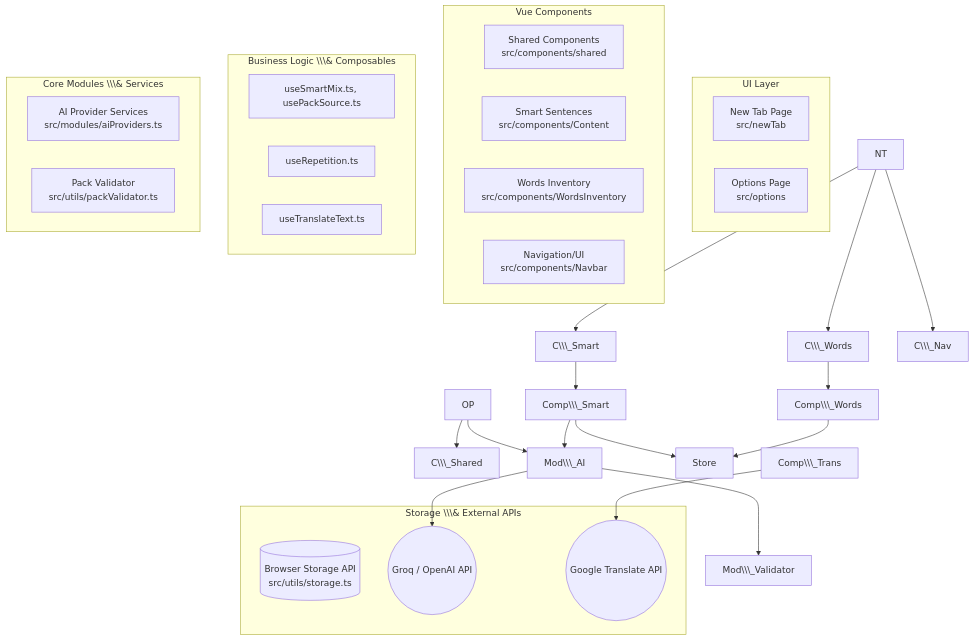
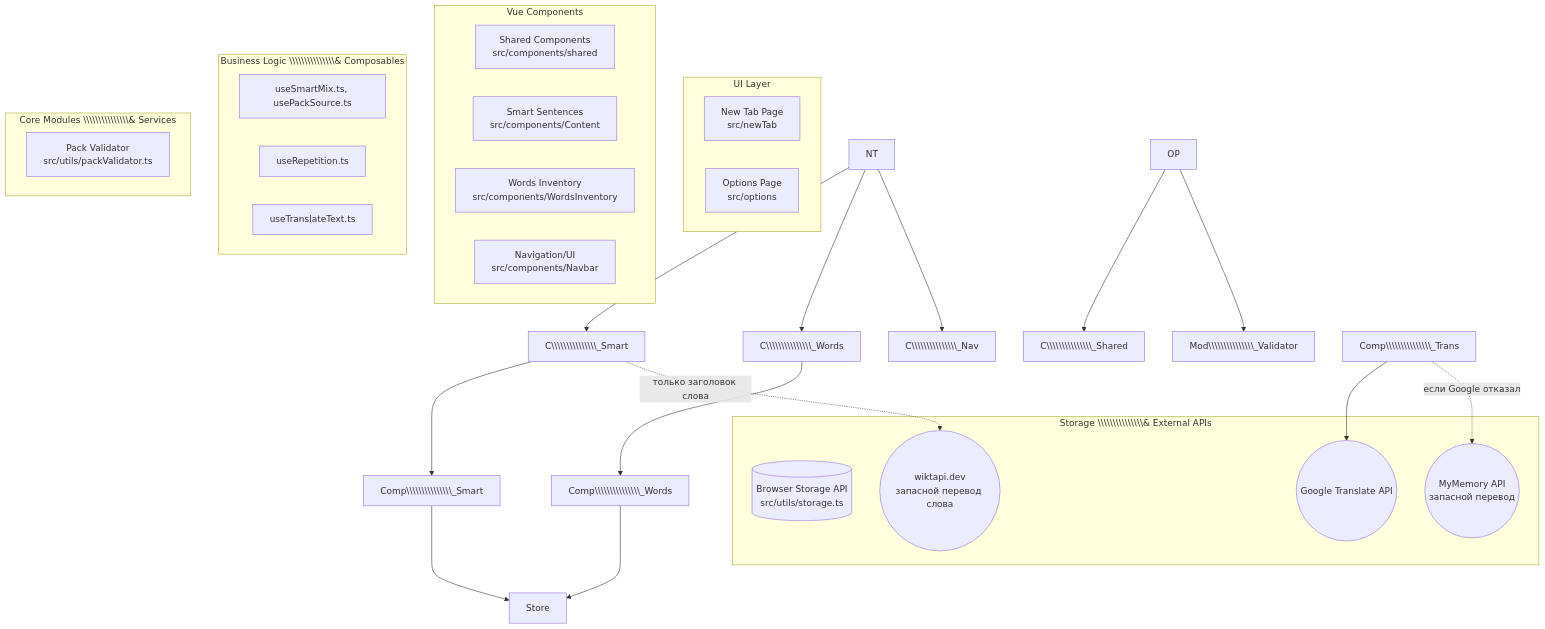
One commit to KyriosGrey/LingoTab changed the diagram in ARCHITECTURE.md. Above: the diagram before and after it, drawn with Mermaid. The commit also changed other lines of this file and 139 other files, not shown here.

````diff
--- a/ARCHITECTURE.md
+++ b/ARCHITECTURE.md
@@ -38,49 +105,47 @@
 ```mermaid
 graph TD
     subgraph UI Layer
-        NT\\\[New Tab Page<br/>src/newTab]
-        OP\\\[Options Page<br/>src/options]
+        NT\\\\\\\\\\\\\\\[New Tab Page<br/>src/newTab]
+        OP\\\\\\\\\\\\\\\[Options Page<br/>src/options]
     end
 
     subgraph Vue Components
-        C\\\_Shared\\\[Shared Components<br/>src/components/shared]
-        C\\\_Smart\\\[Smart Sentences<br/>src/components/Content]
-        C\\\_Words\\\[Words Inventory<br/>src/components/WordsInventory]
-        C\\\_Nav\\\[Navigation/UI<br/>src/components/Navbar]
+        C\\\\\\\\\\\\\\\_Shared\\\\\\\\\\\\\\\[Shared Components<br/>src/components/shared]
+        C\\\\\\\\\\\\\\\_Smart\\\\\\\\\\\\\\\[Smart Sentences<br/>src/components/Content]
+        C\\\\\\\\\\\\\\\_Words\\\\\\\\\\\\\\\[Words Inventory<br/>src/components/WordsInventory]
+        C\\\\\\\\\\\\\\\_Nav\\\\\\\\\\\\\\\[Navigation/UI<br/>src/components/Navbar]
     end
 
-    subgraph Business Logic \\\& Composables
-        Comp\\\_Smart\\\[useSmartMix.ts, usePackSource.ts]
-        Comp\\\_Words\\\[useRepetition.ts]
-        Comp\\\_Trans\\\[useTranslateText.ts]
+    subgraph Business Logic \\\\\\\\\\\\\\\& Composables
+        Comp\\\\\\\\\\\\\\\_Smart\\\\\\\\\\\\\\\[useSmartMix.ts, usePackSource.ts]
+        Comp\\\\\\\\\\\\\\\_Words\\\\\\\\\\\\\\\[useRepetition.ts]
+        Comp\\\\\\\\\\\\\\\_Trans\\\\\\\\\\\\\\\[useTranslateText.ts]
     end
 
-    subgraph Core Modules \\\& Services
-        Mod\\\_AI\\\[AI Provider Services<br/>src/modules/aiProviders.ts]
-        Mod\\\_Validator\\\[Pack Validator<br/>src/utils/packValidator.ts]
+    subgraph Core Modules \\\\\\\\\\\\\\\& Services
+        Mod\\\\\\\\\\\\\\\_Validator\\\\\\\\\\\\\\\[Pack Validator<br/>src/utils/packValidator.ts]
     end
 
-    subgraph Storage \\\& External APIs
-        Store\\\[(Browser Storage API<br/>src/utils/storage.ts)]
-        Groq((Groq / OpenAI API))
+    subgraph Storage \\\\\\\\\\\\\\\& External APIs
+        Store\\\\\\\\\\\\\\\[(Browser Storage API<br/>src/utils/storage.ts)]
         GTrans((Google Translate API))
+        MyMem((MyMemory API<br/>запасной перевод))
+        Wikt((wiktapi.dev<br/>запасной перевод слова))
     end
 
-    NT --> C\\\_Smart
-    NT --> C\\\_Words
-    NT --> C\\\_Nav
+    NT --> C\\\\\\\\\\\\\\\_Smart
+    NT --> C\\\\\\\\\\\\\\\_Words
+    NT --> C\\\\\\\\\\\\\\\_Nav
     
-    OP --> C\\\_Shared
-    OP --> Mod\\\_AI
+    OP --> C\\\\\\\\\\\\\\\_Shared
+    OP --> Mod\\\\\\\\\\\\\\\_Validator
     
-    C\\\_Smart --> Comp\\\_Smart
-    C\\\_Words --> Comp\\\_Words
+    C\\\\\\\\\\\\\\\_Smart --> Comp\\\\\\\\\\\\\\\_Smart
+    C\\\\\\\\\\\\\\\_Words --> Comp\\\\\\\\\\\\\\\_Words
     
-    Comp\\\_Smart --> Mod\\\_AI
-    Comp\\\_Smart --> Store
-    Comp\\\_Words --> Store
-    Comp\\\_Trans --> GTrans
-    
-    Mod\\\_AI --> Groq
-    Mod\\\_AI --> Mod\\\_Validator
+    Comp\\\\\\\\\\\\\\\_Smart --> Store
+    Comp\\\\\\\\\\\\\\\_Words --> Store
+    Comp\\\\\\\\\\\\\\\_Trans --> GTrans
+    Comp\\\\\\\\\\\\\\\_Trans -.->|если Google отказал| MyMem
+    C\\\\\\\\\\\\\\\_Smart -.->|только заголовок слова| Wikt
 ```
````
